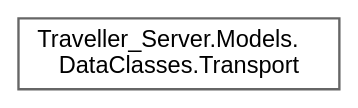
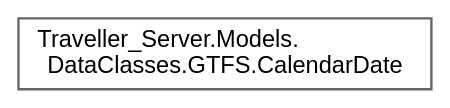
One commit to VenelinArgirov/manual-tecnico.github.io changed the diagram in Servidor/inherit_graph_38.dot. Above: the diagram before and after it, drawn with Graphviz. The commit also changed 539 other files, not shown here.

```diff
--- a/Servidor/inherit_graph_38.dot
+++ b/Servidor/inherit_graph_38.dot
@@ -1,9 +1,9 @@
 digraph "Graphical Class Hierarchy"
 {
  // LATEX_PDF_SIZE
   bgcolor="transparent";
   edge [fontname=Helvetica,fontsize=10,labelfontname=Helvetica,labelfontsize=10];
   node [fontname=Helvetica,fontsize=10,shape=box,height=0.2,width=0.4];
   rankdir="LR";
-  Node0 [label="Traveller_Server.Models.\lDataClasses.Transport",height=0.2,width=0.4,color="grey40", fillcolor="white", style="filled",URL="$class_traveller___server_1_1_models_1_1_data_classes_1_1_transport.html",tooltip="Data class of a transport. Represents a transport that circulates in one or more routes."];
+  Node0 [label="Traveller_Server.Models.\lDataClasses.GTFS.CalendarDate",height=0.2,width=0.4,color="grey40", fillcolor="white", style="filled",URL="$class_traveller___server_1_1_models_1_1_data_classes_1_1_g_t_f_s_1_1_calendar_date.html",tooltip="Class that represents the dates a service is or isn't available at, as per GTFS format rules."];
 }
```
